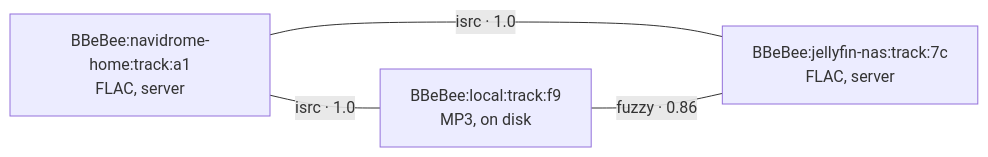
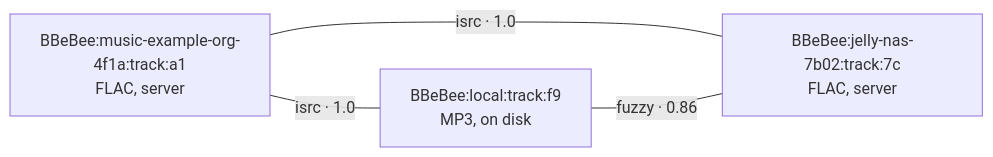
Before and after one commit to BBeBeeX/B_Be_Bee_X: the fourth of 4 diagrams in docs/06-music-sources.md, drawn with Mermaid. The commit also changed other lines of this file and 11 other files, not shown here.

First line of the commit message:
Refine M1 roadmap and documentation for music sources

````diff
--- a/docs/06-music-sources.md
+++ b/docs/06-music-sources.md
@@ -458,9 +1036,9 @@
 ```mermaid
 flowchart LR
-    A["BBeBee:navidrome-home:track:a1<br/>FLAC, server"]
+    A["BBeBee:music-example-org-4f1a:track:a1<br/>FLAC, server"]
     B["BBeBee:local:track:f9<br/>MP3, on disk"]
-    C["BBeBee:jellyfin-nas:track:7c<br/>FLAC, server"]
+    C["BBeBee:jelly-nas-7b02:track:7c<br/>FLAC, server"]
     A ---|"isrc · 1.0"| B
     A ---|"isrc · 1.0"| C
     B ---|"fuzzy · 0.86"| C
 ```
````
